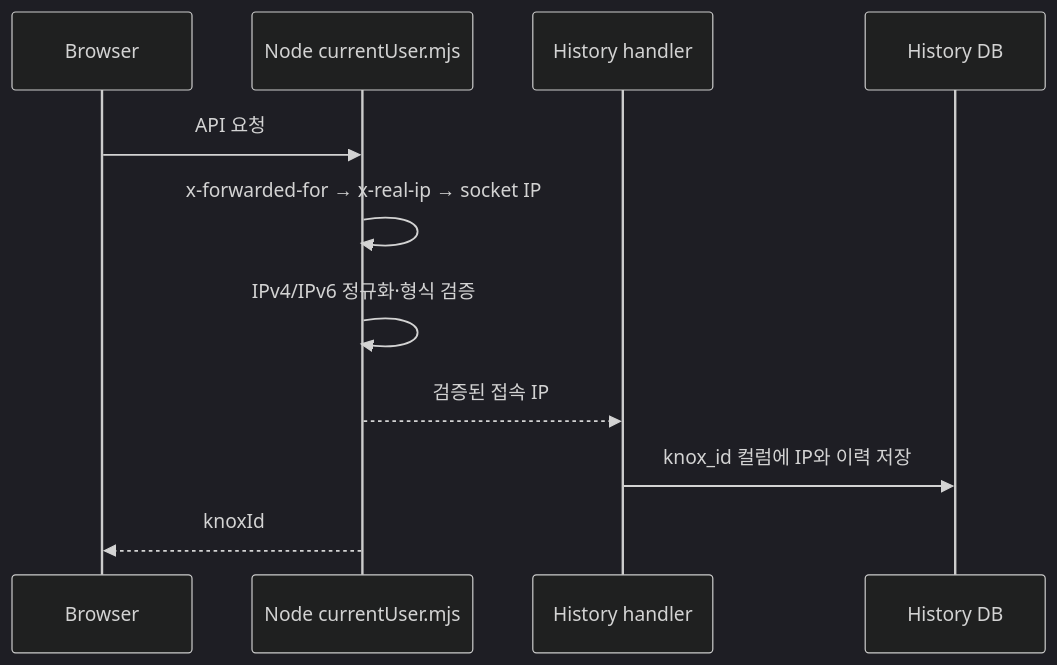
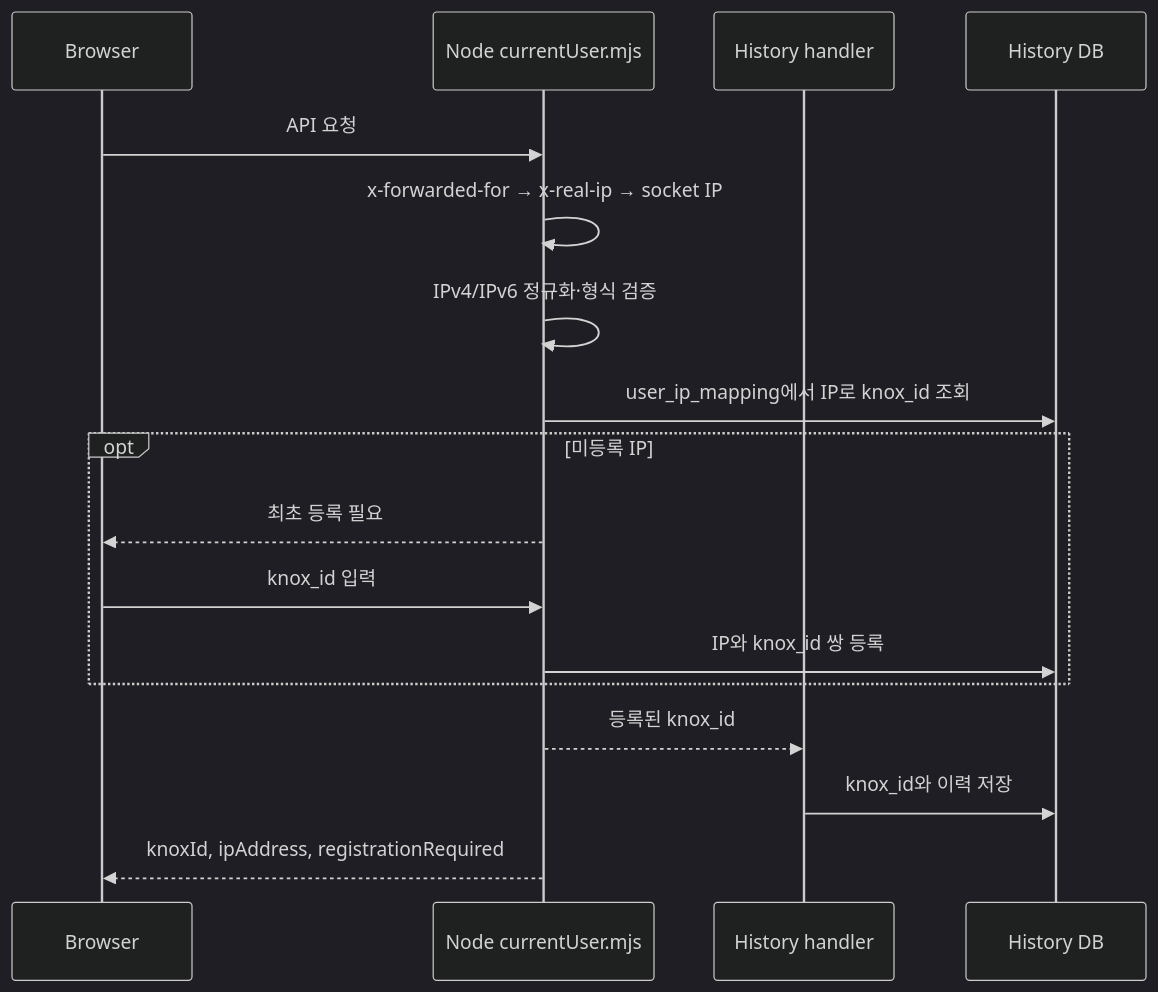
Diagram 12 of 12 in web_structure.md (mlbarod/l0_spider_scs), drawn with Mermaid (dark theme) before and after one commit. The commit also changed other lines of this file and 20 other files, not shown here.

````diff
--- a/web_structure.md
+++ b/web_structure.md
@@ -608,14 +608,20 @@
 ```mermaid
 sequenceDiagram
     participant B as Browser
     participant N as Node currentUser.mjs
     participant H as History handler
     participant D as History DB
 
     B->>N: API 요청
     N->>N: x-forwarded-for → x-real-ip → socket IP
     N->>N: IPv4/IPv6 정규화·형식 검증
-    N-->>H: 검증된 접속 IP
-    H->>D: knox_id 컬럼에 IP와 이력 저장
-    N-->>B: knoxId
+    N->>D: user_ip_mapping에서 IP로 knox_id 조회
+    opt 미등록 IP
+        N-->>B: 최초 등록 필요
+        B->>N: knox_id 입력
+        N->>D: IP와 knox_id 쌍 등록
+    end
+    N-->>H: 등록된 knox_id
+    H->>D: knox_id와 이력 저장
+    N-->>B: knoxId, ipAddress, registrationRequired
 ```
````
